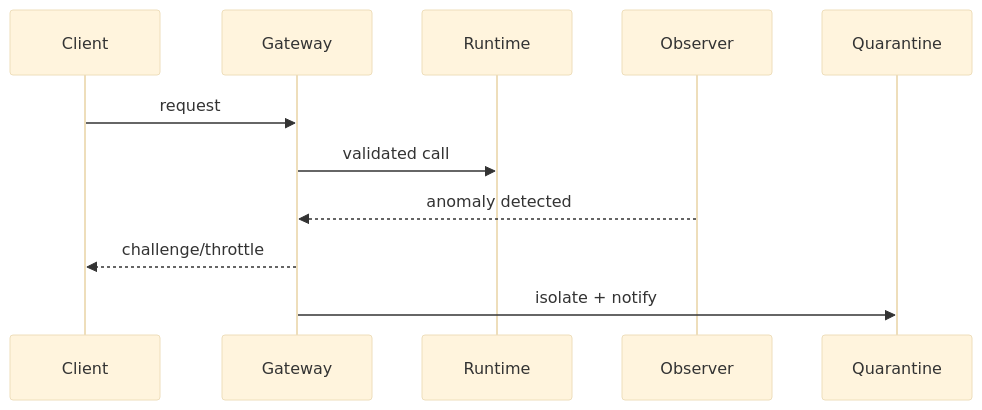
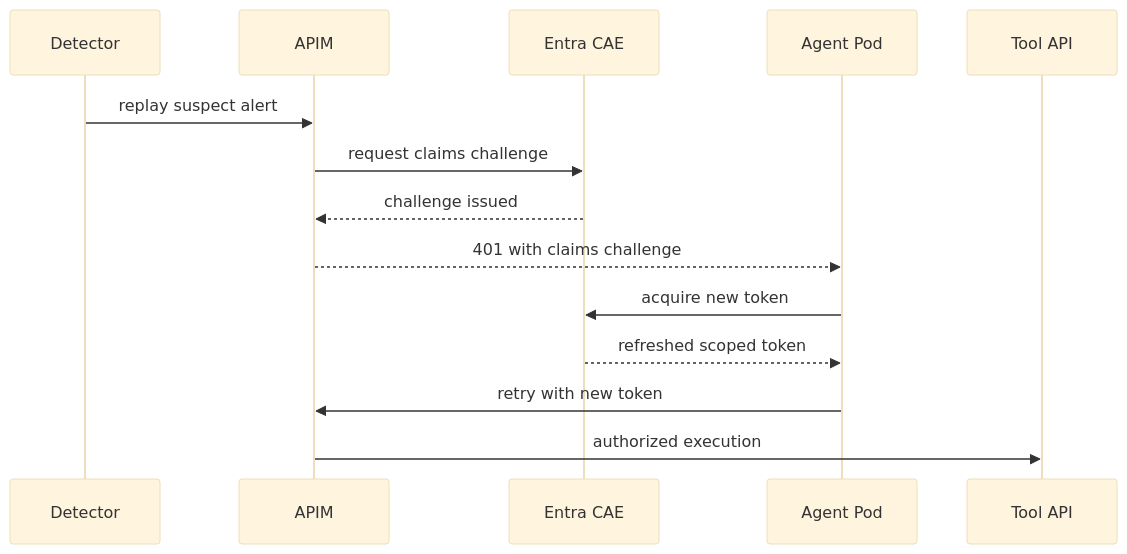
One commit to turbo998/ai-infra-lab changed the second of 2 diagrams in workshops/azure-agent-infra/entra-agent-id-workload-federation-cae-jit-pim-faq-r1102.en.md. Above: the diagram before and after it, drawn with Mermaid (base theme). The commit also changed other lines of this file and 5 other files, not shown here.

````diff
--- a/workshops/azure-agent-infra/entra-agent-id-workload-federation-cae-jit-pim-faq-r1102.en.md
+++ b/workshops/azure-agent-infra/entra-agent-id-workload-federation-cae-jit-pim-faq-r1102.en.md
@@ -138,13 +144,16 @@
 ```mermaid
 sequenceDiagram
-  participant C as Client
-  participant G as Gateway
-  participant R as Runtime
-  participant O as Observer
-  participant Q as Quarantine
-  C->>G: request
-  G->>R: validated call
-  O-->>G: anomaly detected
-  G-->>C: challenge/throttle
-  G->>Q: isolate + notify
+  participant D as Detector
+  participant G as APIM
+  participant E as Entra CAE
+  participant P as Agent Pod
+  participant T as Tool API
+  D->>G: replay suspect alert
+  G->>E: request claims challenge
+  E-->>G: challenge issued
+  G-->>P: 401 with claims challenge
+  P->>E: acquire new token
+  E-->>P: refreshed scoped token
+  P->>G: retry with new token
+  G->>T: authorized execution
 ```
````
